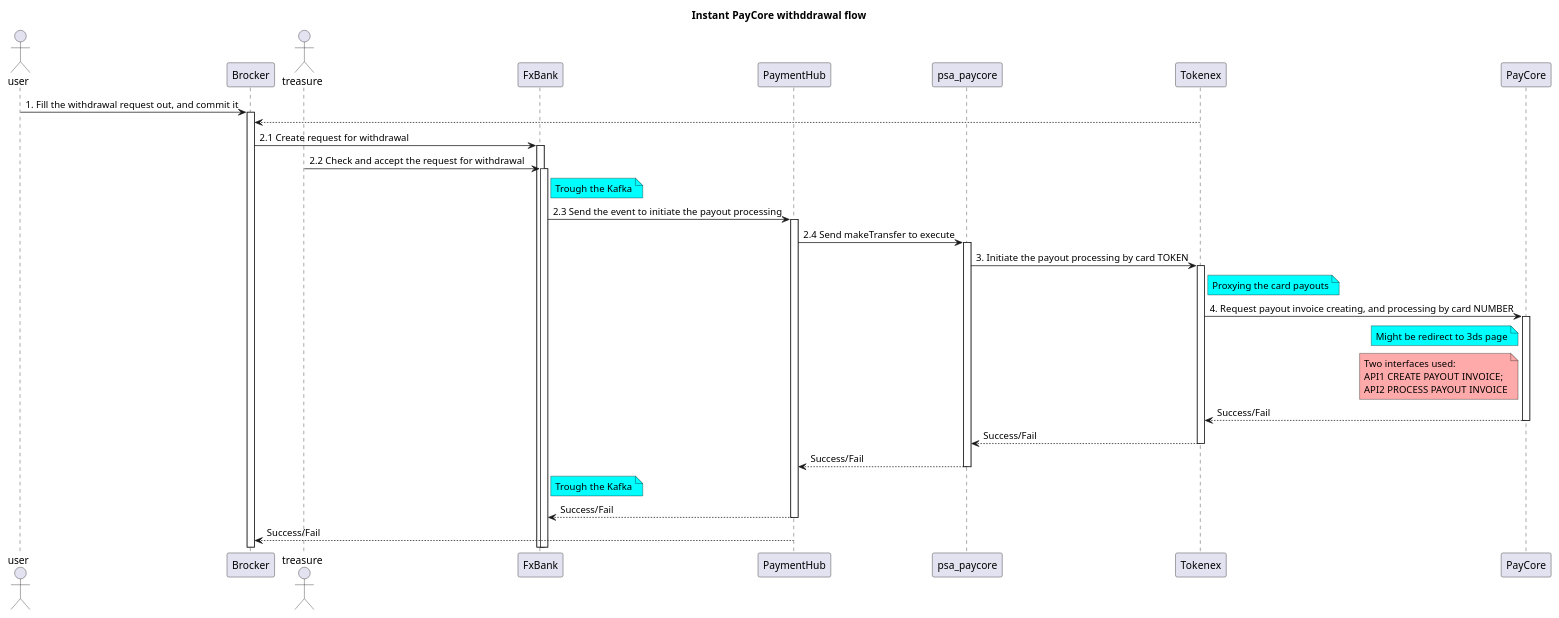
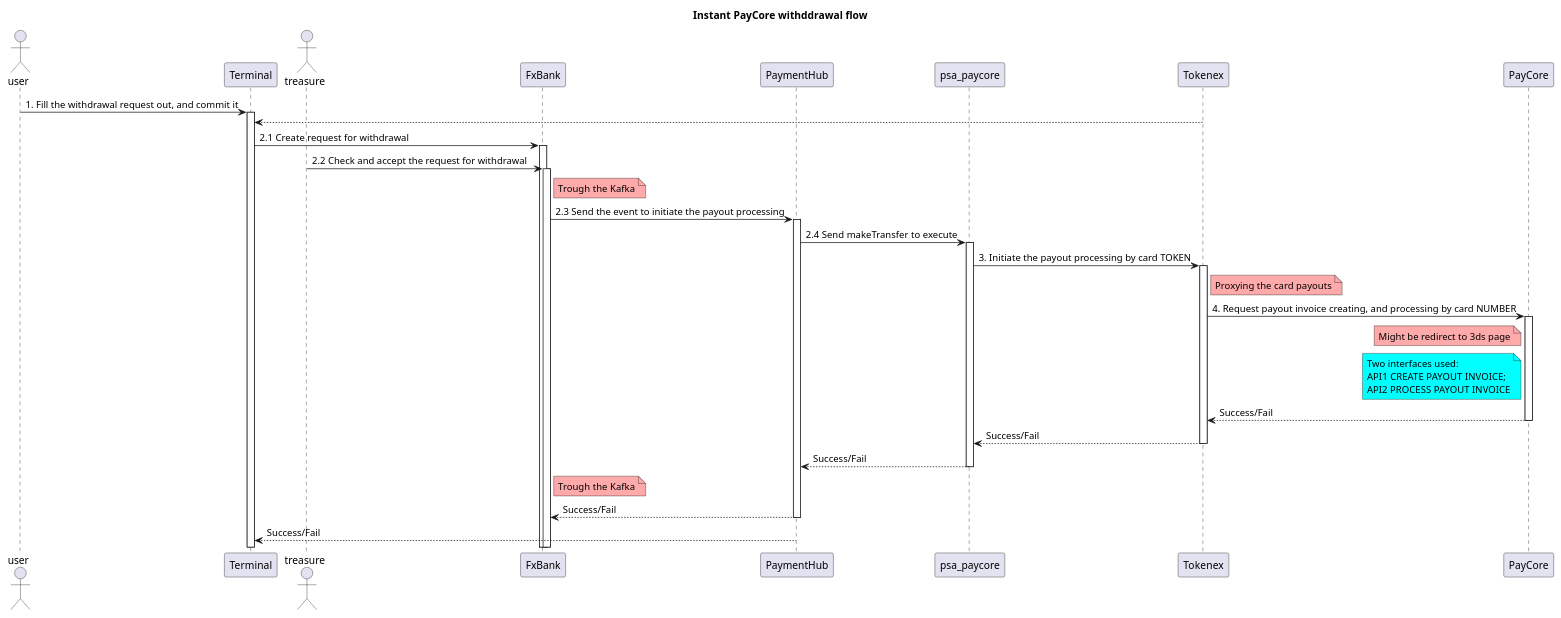
The diagram in UML practice/docs/diagrams/src/OMEGA-66 Investigate paycor withdrawals (credit card)/instantDiagram.wsd (milovdg/UMLPractice), drawn with PlantUML before and after one commit.

Commit message:
13082021-4

```diff
--- a/UML practice/docs/diagrams/src/OMEGA-66 Investigate paycor withdrawals (credit card)/instantDiagram.wsd
+++ b/UML practice/docs/diagrams/src/OMEGA-66 Investigate paycor withdrawals (credit card)/instantDiagram.wsd
@@ -1,42 +1,42 @@
 @startuml
 
 title Instant PayCore withddrawal flow
 
 actor user
-participant Brocker
+participant Terminal
 actor treasure
 participant FxBank
 participant PaymentHub
 participant psa_paycore
 participant Tokenex
 participant PayCore
 
 
-user -> Brocker ++: 1. Fill the withdrawal request out, and commit it
-Tokenex --> Brocker --: 
+user -> Terminal ++: 1. Fill the withdrawal request out, and commit it
+Tokenex --> Terminal --: 
 
-Brocker -> FxBank ++: 2.1 Create request for withdrawal
+Terminal -> FxBank ++: 2.1 Create request for withdrawal
 treasure -> FxBank ++: 2.2 Check and accept the request for withdrawal
 
-note right of FxBank #Aqua: Trough the Kafka
+note right of FxBank #FFAAAA: Trough the Kafka
 FxBank -> PaymentHub ++: 2.3 Send the event to initiate the payout processing
 
 PaymentHub -> psa_paycore ++: 2.4 Send makeTransfer to execute
 
 psa_paycore -> Tokenex ++: 3. Initiate the payout processing by card TOKEN
 
-note right of Tokenex #Aqua: Proxying the card payouts
+note right of Tokenex #FFAAAA: Proxying the card payouts
 Tokenex -> PayCore ++: 4. Request payout invoice creating, and processing by card NUMBER
-note left of PayCore #Aqua: Might be redirect to 3ds page
-note left of PayCore #FFAAAA: Two interfaces used: \nAPI1 CREATE PAYOUT INVOICE; \nAPI2 PROCESS PAYOUT INVOICE
+note left of PayCore #FFAAAA: Might be redirect to 3ds page
+note left of PayCore #Aqua: Two interfaces used: \nAPI1 CREATE PAYOUT INVOICE; \nAPI2 PROCESS PAYOUT INVOICE
 PayCore --> Tokenex --: Success/Fail
 
 Tokenex --> psa_paycore --: Success/Fail
 
 psa_paycore --> PaymentHub --: Success/Fail 
 
-note right of FxBank #Aqua: Trough the Kafka
+note right of FxBank #FFAAAA: Trough the Kafka
 PaymentHub --> FxBank --: Success/Fail
-PaymentHub --> Brocker --: Success/Fail
+PaymentHub --> Terminal --: Success/Fail
 
 @enduml
```
